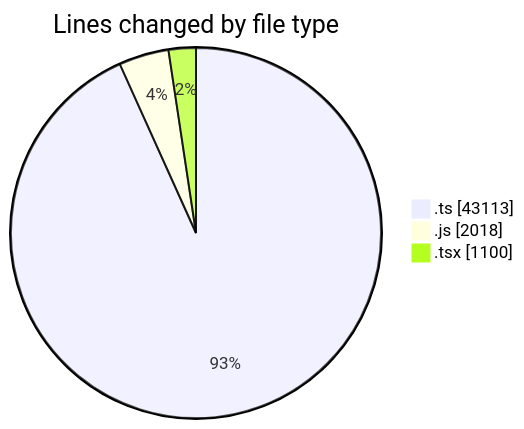
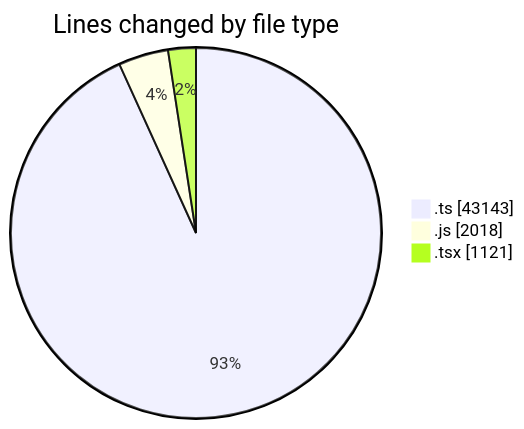
The first of 2 diagrams in 2025-06-20/cda/README.md (momahboobian/code-tracking), drawn with Mermaid before and after one commit. The commit also changed other lines of this file and 1 other file, not shown here.

````diff
--- a/2025-06-20/cda/README.md
+++ b/2025-06-20/cda/README.md
@@ -44,7 +44,7 @@
 ```mermaid
 pie showData
 title Lines changed by file type
-".ts" : 43113
+".ts" : 43143
 ".js" : 2018
-".tsx" : 1100
+".tsx" : 1121
 ```
````
